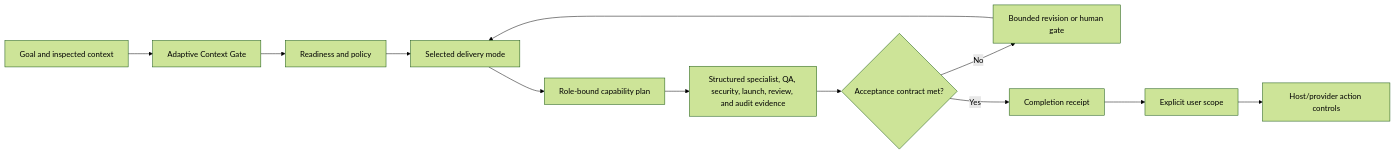
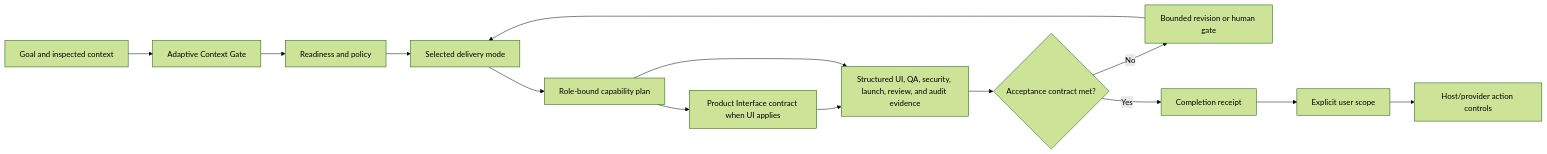
The first of 2 diagrams in README.md (JarodFroneman/jstack), drawn with Mermaid (forest theme) before and after one commit. The commit also changed other lines of this file and 113 other files, not shown here.

Commit message:
release: JStack v0.10.0-beta.2 Product Interface System

````diff
--- a/README.md
+++ b/README.md
@@ -119,14 +140,16 @@
 ```mermaid
 flowchart LR
     A[Goal and inspected context] --> Q[Adaptive Context Gate]
     Q --> B[Readiness and policy]
     B --> C[Selected delivery mode]
     C --> K[Role-bound capability plan]
-    K --> D[Structured specialist, QA, security, launch, review, and audit evidence]
+    K --> UI[Product Interface contract when UI applies]
+    UI --> D[Structured UI, QA, security, launch, review, and audit evidence]
+    K --> D
     D --> E{Acceptance contract met?}
     E -- No --> F[Bounded revision or human gate]
     F --> C
     E -- Yes --> G[Completion receipt]
     G --> H[Explicit user scope]
     H --> I[Host/provider action controls]
 ```
````
